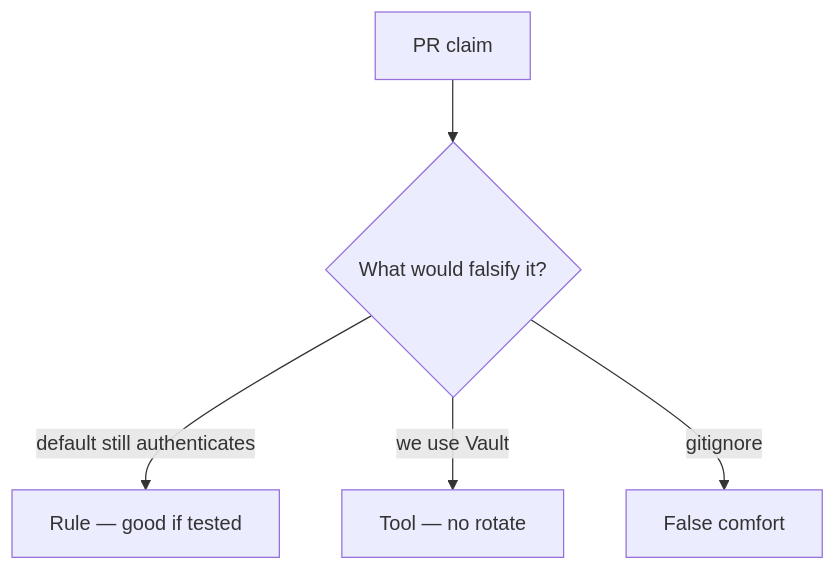
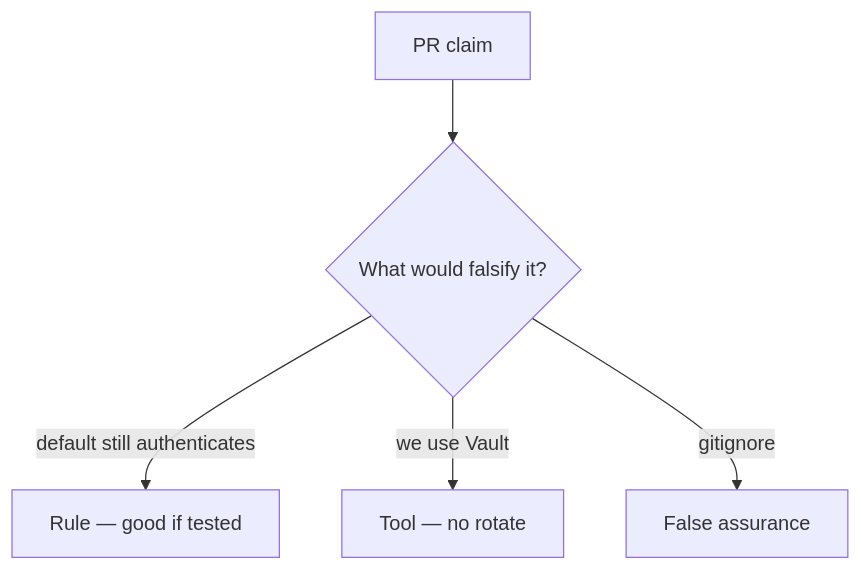
Before and after one commit to ishitvagoel/LearnSecurity: the diagram in content/modules/5/5.3/lessons/08-review.md, drawn with Mermaid. The commit also changed other lines of this file and 240 other files, not shown here.

````diff
--- a/content/modules/5/5.3/lessons/08-review.md
+++ b/content/modules/5/5.3/lessons/08-review.md
@@ -18,7 +18,7 @@
 ```mermaid
 flowchart TD
   Claim[PR claim] --> Q{"What would falsify it?"}
   Q -->|"default still authenticates"| Property["Rule — good if tested"]
   Q -->|"we use Vault"| Mechanism[Tool — no rotate]
-  Q -->|"gitignore"| False[False comfort]
+  Q -->|"gitignore"| False[False assurance]
 ```
````
